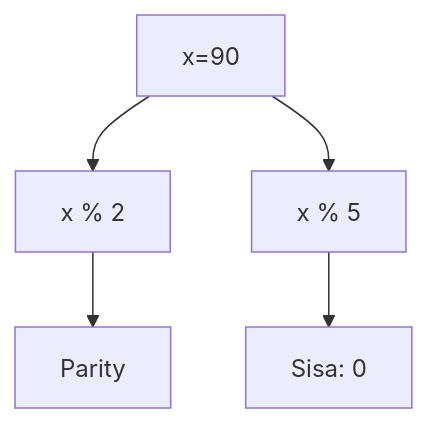
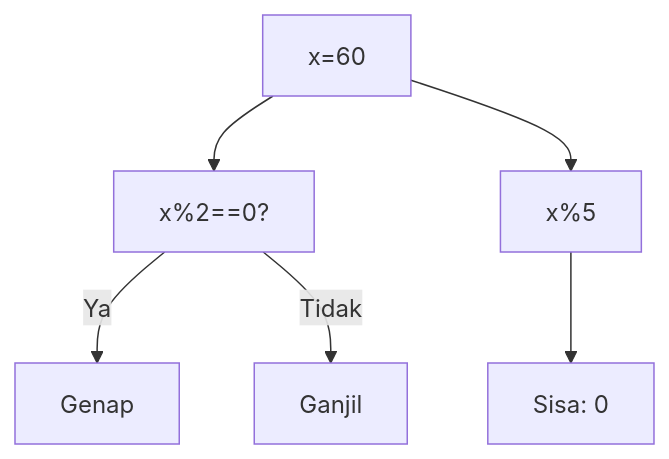
Before and after one commit to amnahwaida/OSNK_INF_PREP: diagram 17 of 25 in part-c-pemahaman-cpp/05-rekursi/latihan/set-07.md, drawn with Mermaid. The commit also changed other lines of this file and 71 other files, not shown here.

Commit message:
Fixed Mermaid syntax lexical errors with quoted labels in 1,800 questions

````diff
--- a/part-c-pemahaman-cpp/05-rekursi/latihan/set-07.md
+++ b/part-c-pemahaman-cpp/05-rekursi/latihan/set-07.md
@@ -472,7 +517,8 @@
 ```mermaid
 graph TD
-A[x=90] --> B[x % 2]
-B --> C[Parity]
-A --> D[x % 5]
-D --> E[Sisa: 0]
+A["x=60"] --> B["x%2==0?"]
+B -- Ya --> C["Genap"]
+B -- Tidak --> D["Ganjil"]
+A --> E["x%5"]
+E --> F["Sisa: 0"]
 ```
````
